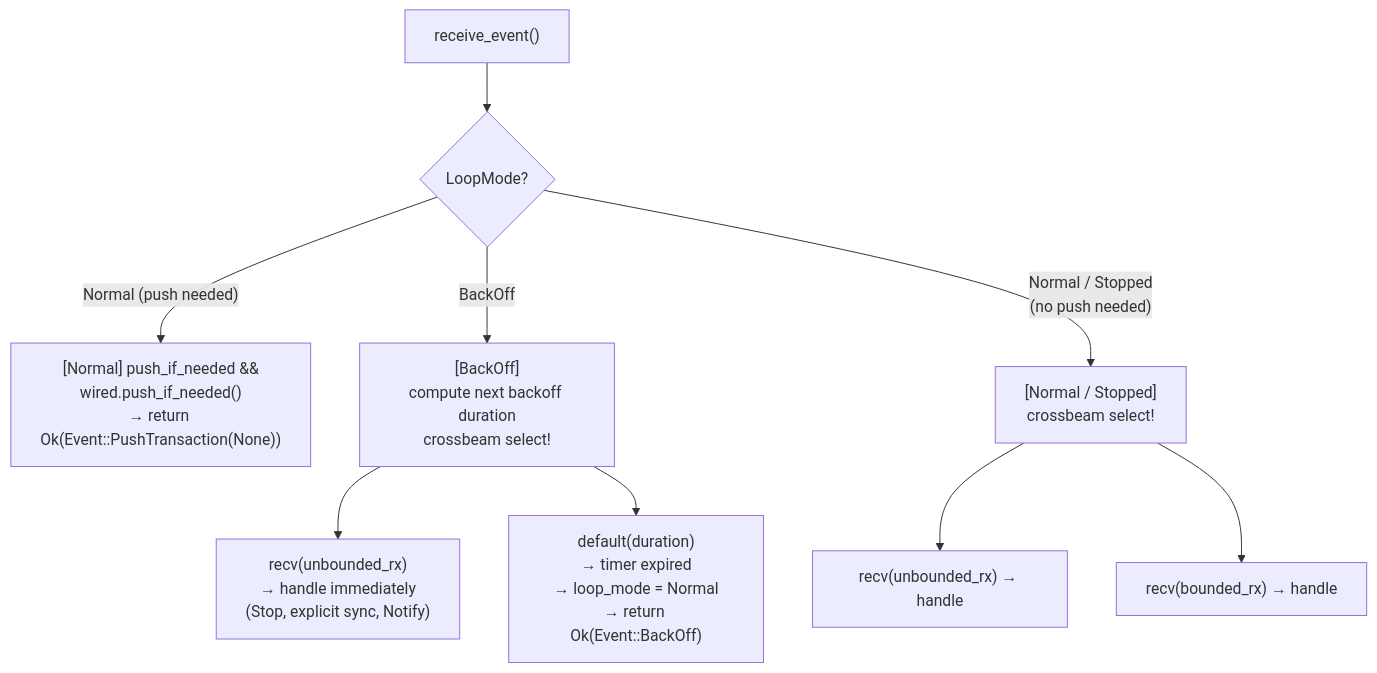
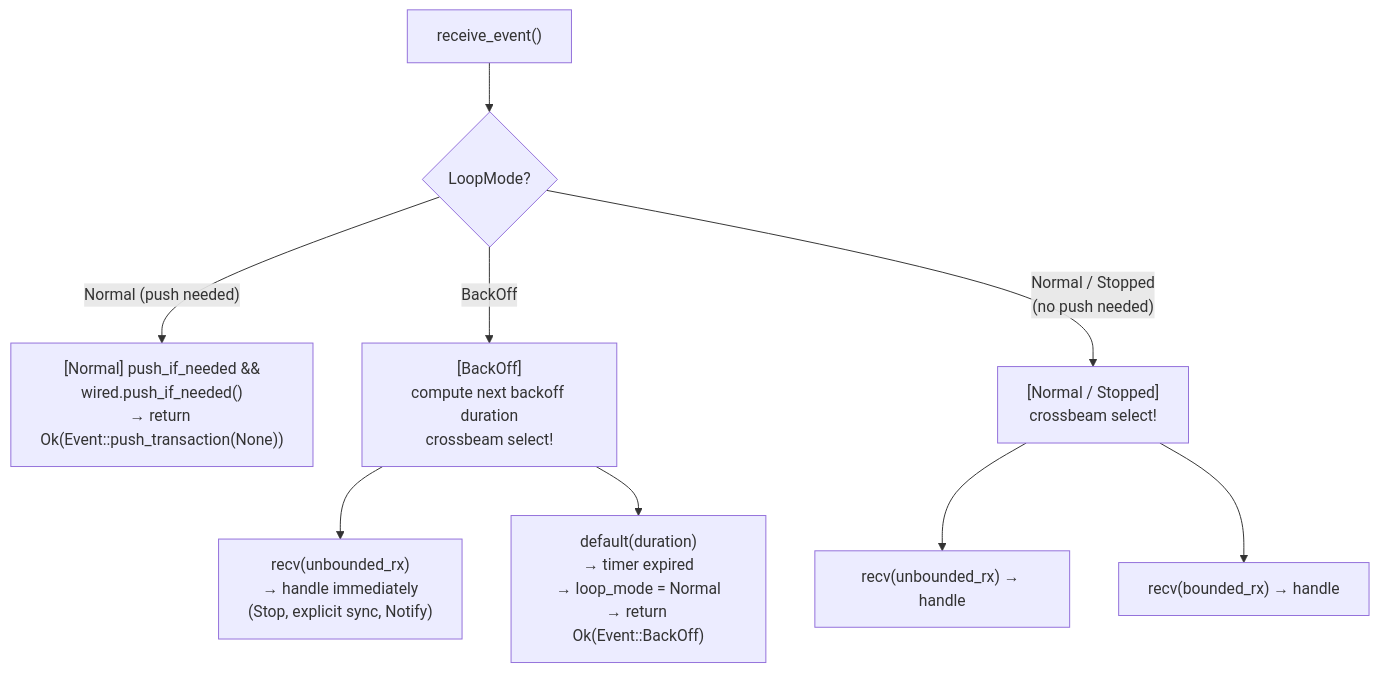
The fourth of 8 diagrams in docs/event-loop.md (qortoo/qortoo-rs), drawn with Mermaid before and after one commit. The commit also changed other lines of this file and 51 other files, not shown here.

````diff
--- a/docs/event-loop.md
+++ b/docs/event-loop.md
@@ -96,24 +106,24 @@
 ```mermaid
 flowchart TD
     RE["receive_event()"]
     State{"LoopMode?"}
 
-    AutoPush["[Normal] push_if_needed &&\nwired.push_if_needed()\n→ return Ok(Event::PushTransaction(None))"]
+    AutoPush["[Normal] push_if_needed &&\nwired.push_if_needed()\n→ return Ok(Event::push_transaction(None))"]
 
     BOSelect["[BackOff]\ncompute next backoff duration\ncrossbeam select!"]
     BOUnbounded["recv(unbounded_rx)\n→ handle immediately\n(Stop, explicit sync, Notify)"]
     BOTimer["default(duration)\n→ timer expired\n→ loop_mode = Normal\n→ return Ok(Event::BackOff)"]
 
     NPSelect["[Normal / Stopped]\ncrossbeam select!"]
     NPUnbounded["recv(unbounded_rx) → handle"]
     NPBounded["recv(bounded_rx) → handle"]
 
     RE --> State
     State -->|"Normal (push needed)"| AutoPush
     State -->|"BackOff"| BOSelect
     State -->|"Normal / Stopped\n(no push needed)"| NPSelect
     BOSelect --> BOUnbounded
     BOSelect --> BOTimer
     NPSelect --> NPUnbounded
     NPSelect --> NPBounded
 ```
````
